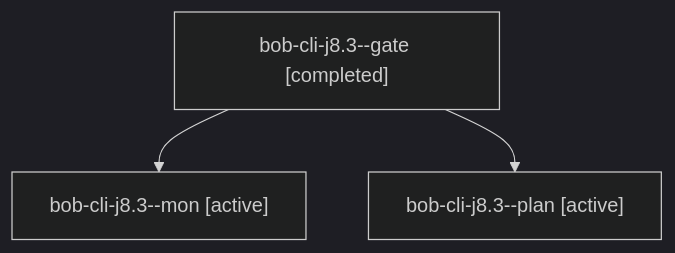
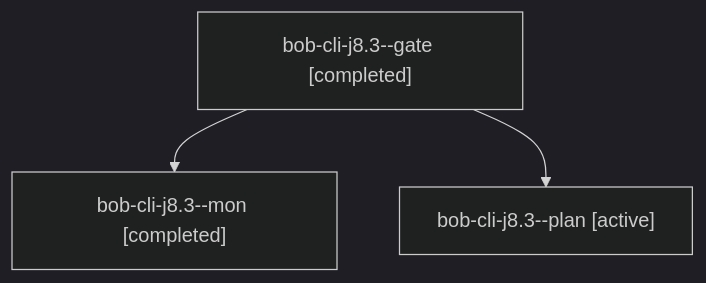
One commit to bobs-org/bob-cli--agents changed the diagram in sessions/bbugyi200.apollo.bob-cli-j8.3.md. Above: the diagram before and after it, drawn with Mermaid (dark theme). The commit also changed other lines of this file and 57 other files, not shown here.

````diff
--- a/sessions/bbugyi200.apollo.bob-cli-j8.3.md
+++ b/sessions/bbugyi200.apollo.bob-cli-j8.3.md
@@ -9,8 +9,8 @@
 ```mermaid
 flowchart TD
   n0["bob-cli-j8.3--gate [completed]"]
-  n1["bob-cli-j8.3--mon [active]"]
+  n1["bob-cli-j8.3--mon [completed]"]
   n0 --> n1
   n2["bob-cli-j8.3--plan [active]"]
   n0 --> n2
 ```
````
